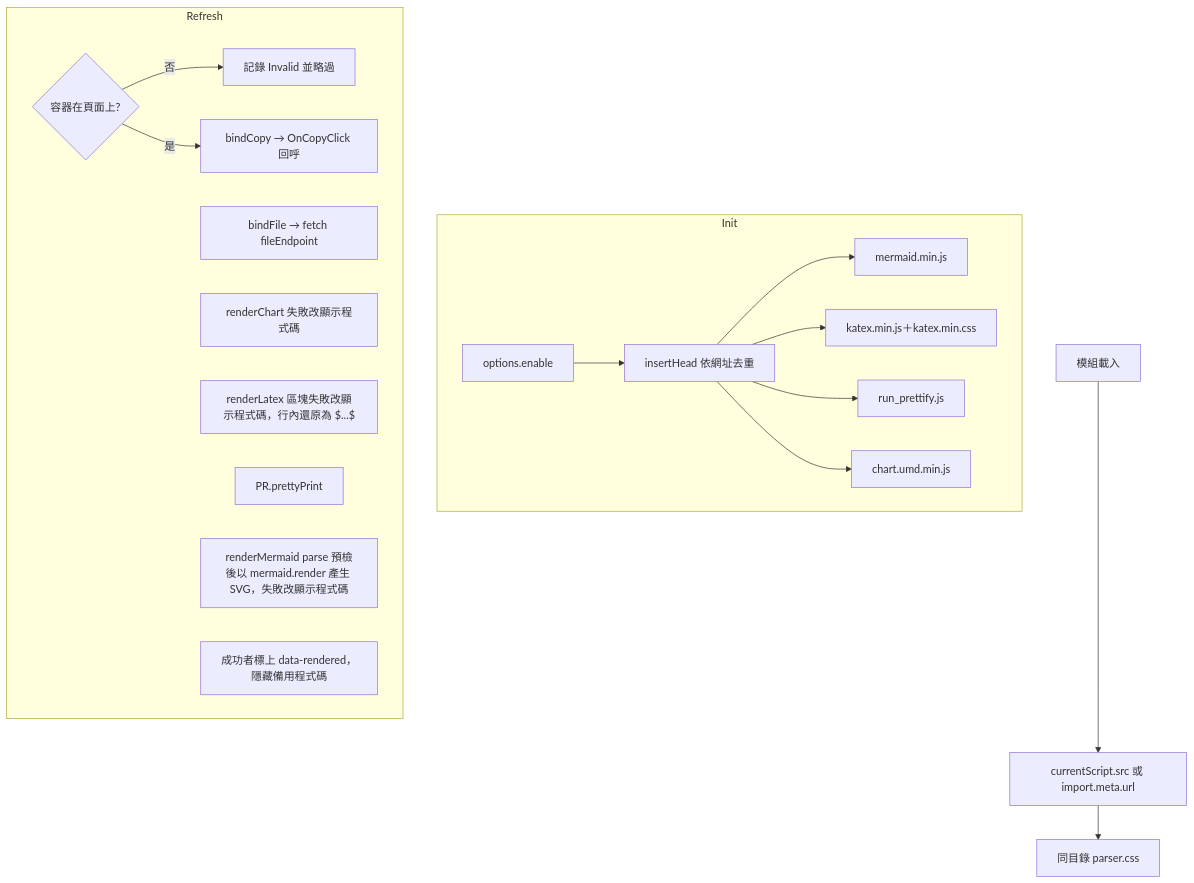
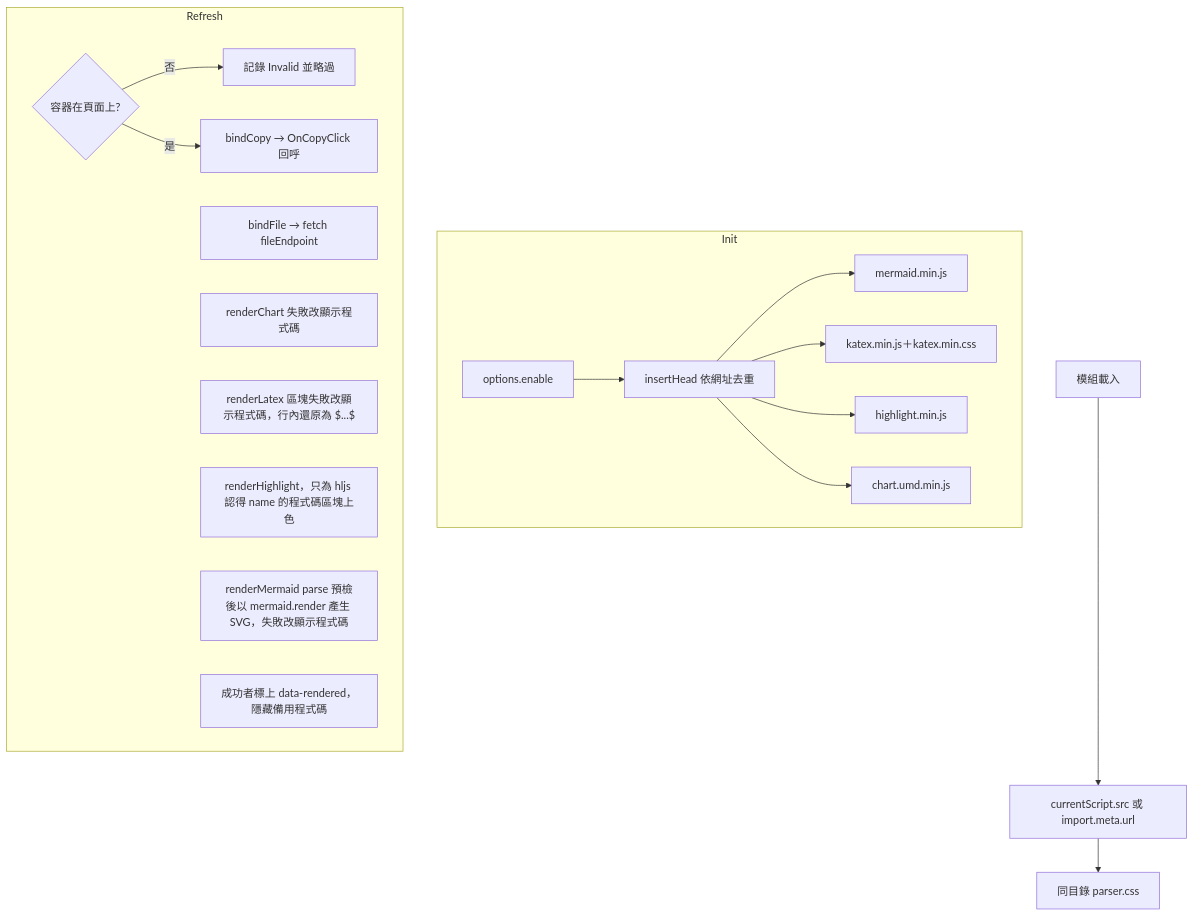
One commit to pardnchiu/NanoMD changed the sixth of 7 diagrams in doc/architecture.zh.md. Above: the diagram before and after it, drawn with Mermaid. The commit also changed other lines of this file and 8 other files, not shown here.

````diff
--- a/doc/architecture.zh.md
+++ b/doc/architecture.zh.md
@@ -121,22 +121,22 @@
 ```mermaid
 graph TB
     subgraph Init
         Opt[options.enable] --> Insert[insertHead 依網址去重]
         Insert --> M[mermaid.min.js]
         Insert --> K[katex.min.js＋katex.min.css]
-        Insert --> P[run_prettify.js]
+        Insert --> P[highlight.min.js]
         Insert --> C[chart.umd.min.js]
     end
     subgraph Refresh
         Guard{容器在頁面上?} -->|否| Skip[記錄 Invalid 並略過]
         Guard -->|是| Copy[bindCopy → OnCopyClick 回呼]
         File[bindFile → fetch fileEndpoint]
         Chart[renderChart 失敗改顯示程式碼]
         Latex[renderLatex 區塊失敗改顯示程式碼，行內還原為 $...$]
-        PR[PR.prettyPrint]
+        Highlight[renderHighlight，只為 hljs 認得 name 的程式碼區塊上色]
         Mermaid[renderMermaid parse 預檢後以 mermaid.render 產生 SVG，失敗改顯示程式碼]
         Done[成功者標上 data-rendered，隱藏備用程式碼]
     end
     Module[模組載入] --> URL[currentScript.src 或 import.meta.url]
     URL --> CSS[同目錄 parser.css]
 ```
````
